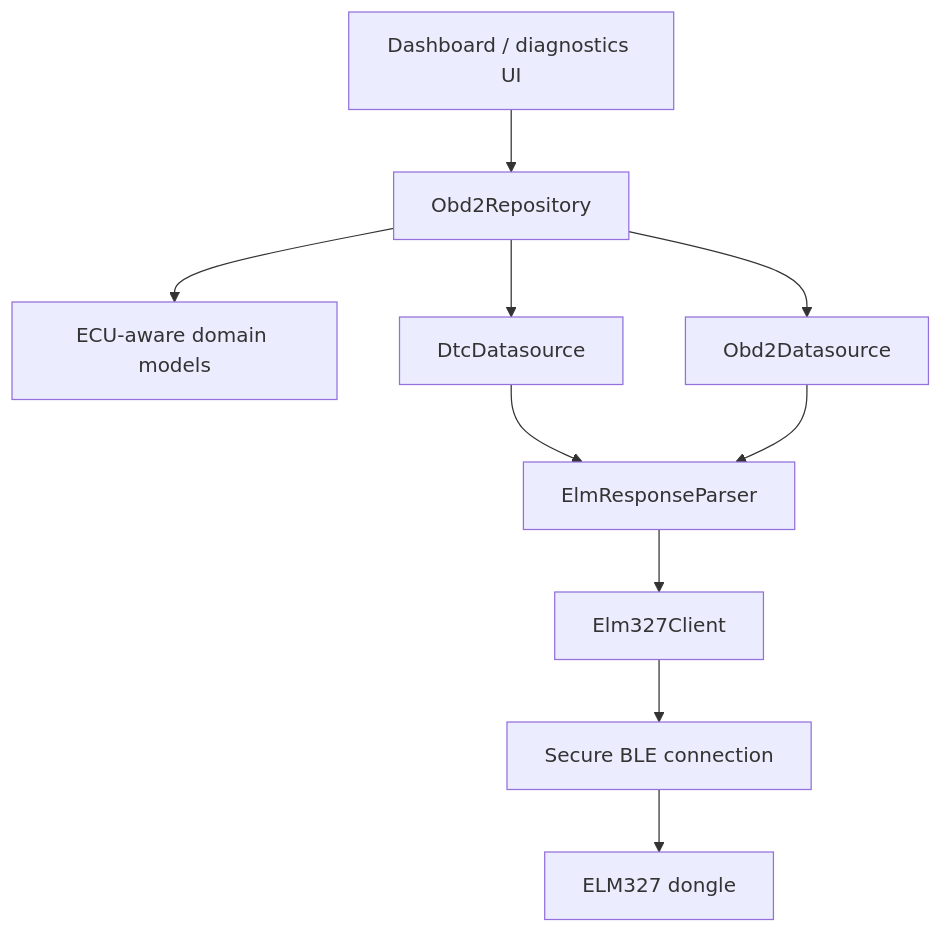
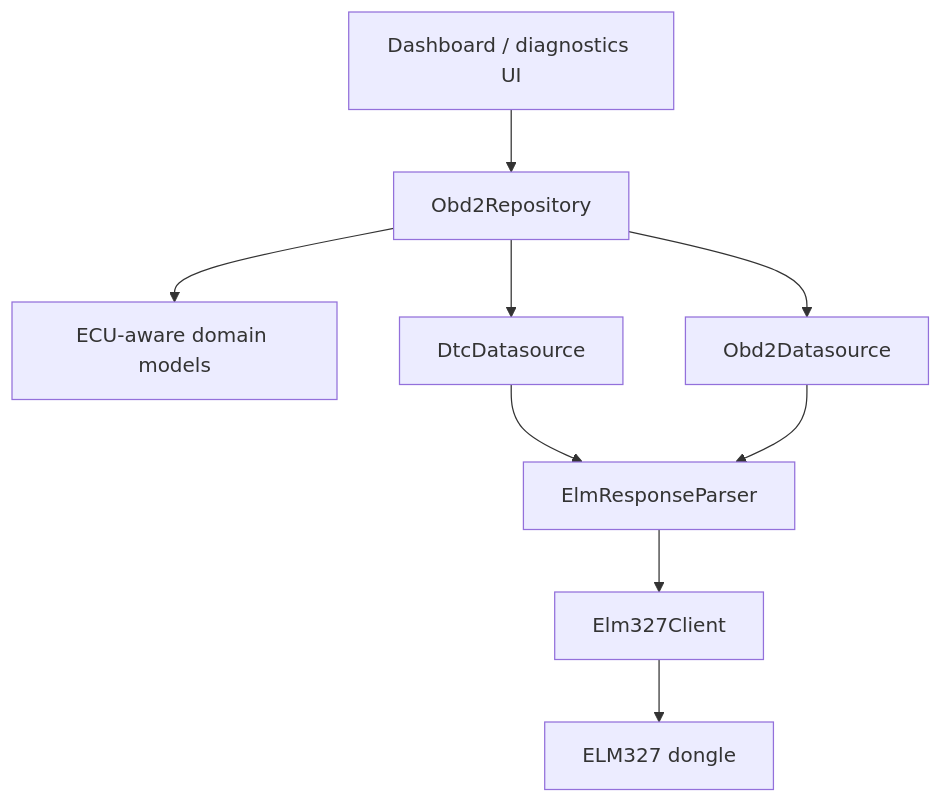
The diagram in docs/MOBILE_APP_ELM327_INCREMENT_PLAN.md (rodrigomarcolin/tccelta), drawn with Mermaid before and after one commit. The commit also changed other lines of this file and 4 other files, not shown here.

````diff
--- a/docs/MOBILE_APP_ELM327_INCREMENT_PLAN.md
+++ b/docs/MOBILE_APP_ELM327_INCREMENT_PLAN.md
@@ -9,22 +9,20 @@
 ```mermaid
 flowchart TD
     UI[Dashboard / diagnostics UI]
     Repo[Obd2Repository]
     Domain[ECU-aware domain models]
     DTC[DtcDatasource]
     OBD[Obd2Datasource]
     Parser[ElmResponseParser]
     Client[Elm327Client]
-    Secure[Secure BLE connection]
     Dongle[ELM327 dongle]
 
     UI --> Repo
     Repo --> Domain
     Repo --> DTC
     Repo --> OBD
     DTC --> Parser
     OBD --> Parser
     Parser --> Client
-    Client --> Secure
-    Secure --> Dongle
+    Client --> Dongle
 ```
````
